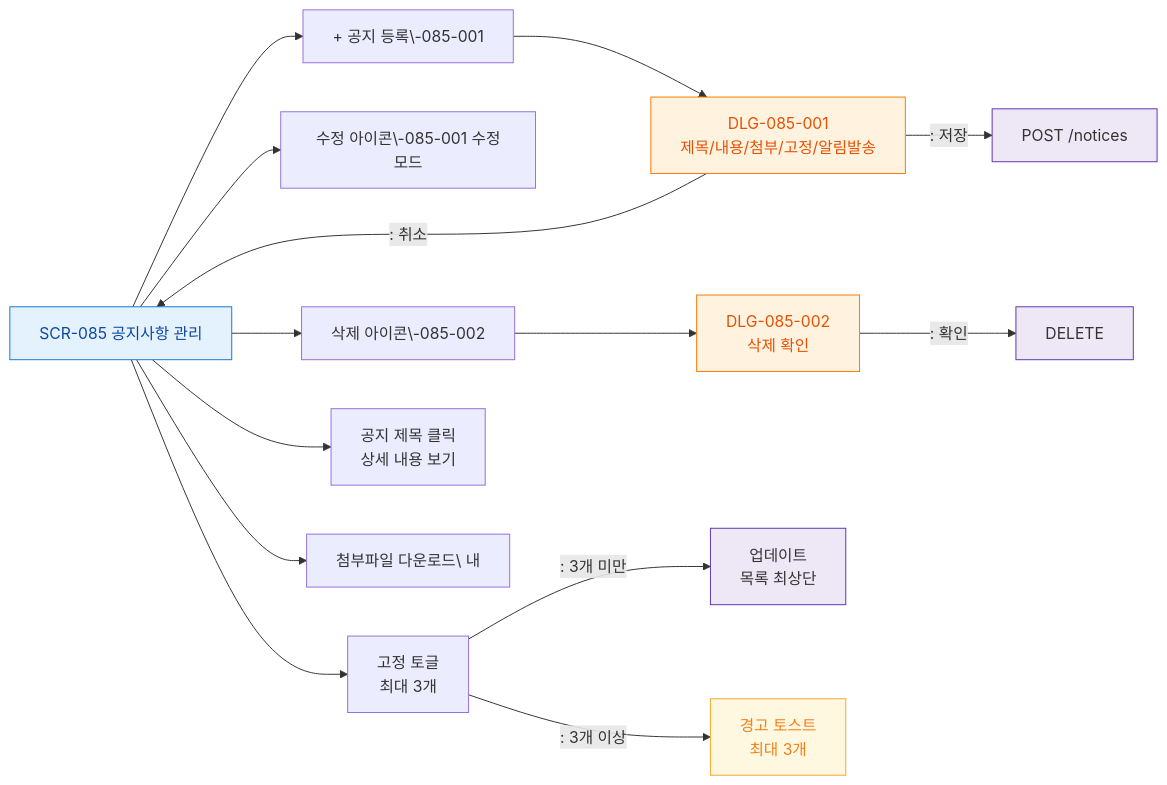
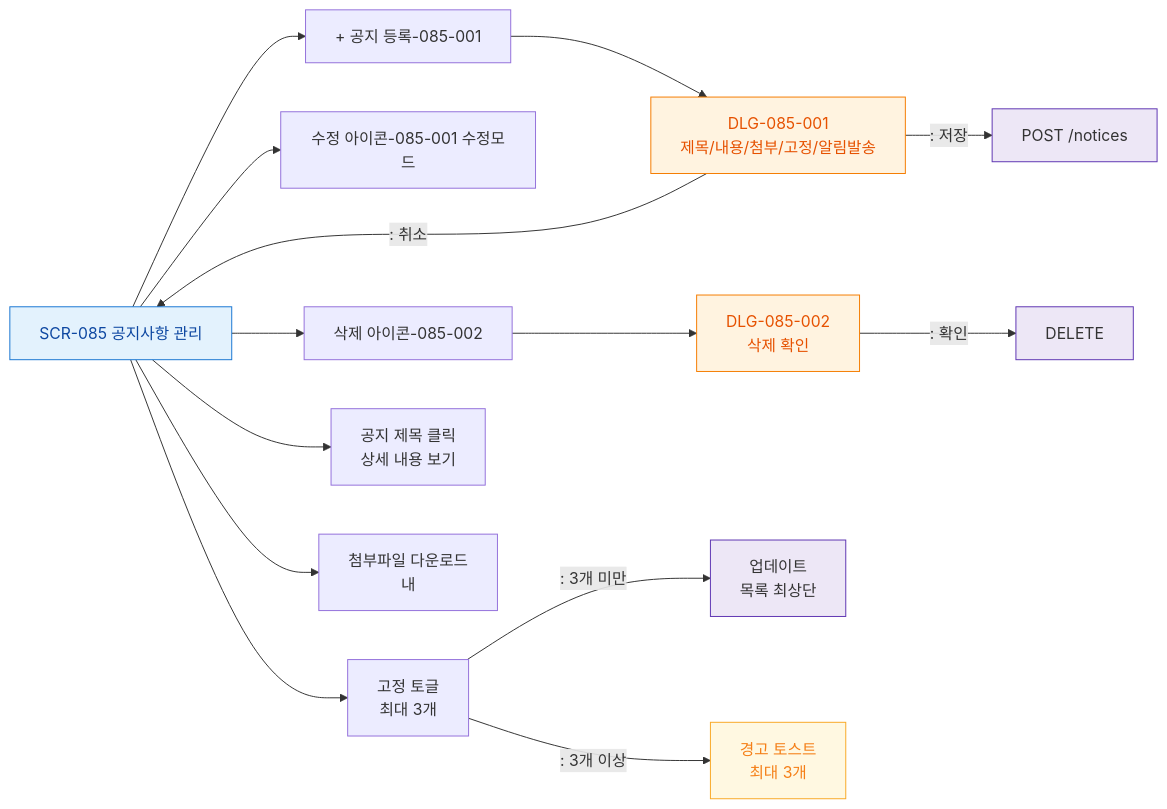
Before and after one commit to dev-spogym/admin-pando: the diagram in docs/admin/다이어그램/D09_설정관리/SCR-085_공지사항관리/F3_버튼액션.md, drawn with Mermaid. The commit also changed 369 other files, not shown here.

````diff
--- a/docs/admin/다이어그램/D09_설정관리/SCR-085_공지사항관리/F3_버튼액션.md
+++ b/docs/admin/다이어그램/D09_설정관리/SCR-085_공지사항관리/F3_버튼액션.md
@@ -12,30 +12,30 @@
 ```mermaid
 flowchart LR
     SCR085[SCR-085 공지사항 관리]
 
-    SCR085 --> BTN_ADD[+ 공지 등록\-085-001]
-    SCR085 --> BTN_EDIT[수정 아이콘\-085-001 수정모드]
-    SCR085 --> BTN_DEL[삭제 아이콘\-085-002]
+    SCR085 --> BTN_ADD[+ 공지 등록-085-001]
+    SCR085 --> BTN_EDIT[수정 아이콘-085-001 수정모드]
+    SCR085 --> BTN_DEL[삭제 아이콘-085-002]
     SCR085 --> BTN_PIN[고정 토글\n최대 3개]
     SCR085 --> BTN_DETAIL[공지 제목 클릭\n상세 내용 보기]
-    SCR085 --> BTN_ATTACH[첨부파일 다운로드\ 내]
+    SCR085 --> BTN_ATTACH[첨부파일 다운로드<br/> 내]
 
     BTN_ADD --> DLG_001[DLG-085-001\n제목/내용/첨부/고정/알림발송]
     DLG_001 -->|": 저장"|ACT_POST[POST /notices]
     DLG_001 -->|": 취소"|SCR085
 
     BTN_DEL --> DLG_002[DLG-085-002\n삭제 확인]
     DLG_002 -->|": 확인"|ACT_DEL[DELETE]
 
     BTN_PIN -->|": 3개 미만"|ACT_PIN[업데이트\n목록 최상단]
     BTN_PIN -->|": 3개 이상"|ACT_PIN_ERR[경고 토스트\n최대 3개]
 
     classDef screen fill:#E3F2FD,stroke:#1976D2,color:#0D47A1
     classDef modal fill:#FFF3E0,stroke:#F57C00,color:#E65100
     classDef system fill:#EDE7F6,stroke:#5E35B2
     classDef warning fill:#FFF8E1,stroke:#F9A825,color:#F57F17
     class SCR085 screen
     class DLG_001,DLG_002 modal
     class ACT_POST,ACT_DEL,ACT_PIN system
     class ACT_PIN_ERR warning
 ```
````
